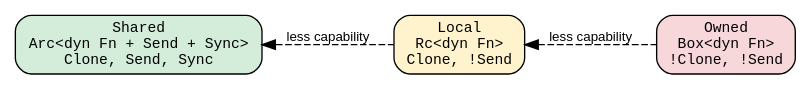
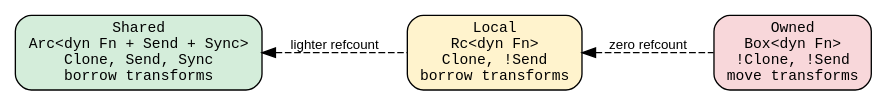
The first of 2 diagrams in book/src/design/domains.md (hylic-recursion/hylic-docs), drawn with Graphviz before and after one commit. The commit also changed other lines of this file and 57 other files, not shown here.

````diff
--- a/book/src/design/domains.md
+++ b/book/src/design/domains.md
@@ -11,14 +11,14 @@
 ```dot process
 digraph {
     rankdir=LR;
     node [shape=box, style="rounded,filled", fontname="monospace", fontsize=11];
     edge [fontname="sans-serif", fontsize=10];
 
-    shared [label="Shared\nArc<dyn Fn + Send + Sync>\nClone, Send, Sync", fillcolor="#d4edda"];
-    local [label="Local\nRc<dyn Fn>\nClone, !Send", fillcolor="#fff3cd"];
-    owned [label="Owned\nBox<dyn Fn>\n!Clone, !Send", fillcolor="#f8d7da"];
+    shared [label="Shared\nArc<dyn Fn + Send + Sync>\nClone, Send, Sync\nborrow transforms", fillcolor="#d4edda"];
+    local [label="Local\nRc<dyn Fn>\nClone, !Send\nborrow transforms", fillcolor="#fff3cd"];
+    owned [label="Owned\nBox<dyn Fn>\n!Clone, !Send\nmove transforms", fillcolor="#f8d7da"];
 
-    shared -> local [label="less capability", style=dashed, dir=back];
-    local -> owned [label="less capability", style=dashed, dir=back];
+    shared -> local [label="lighter refcount", style=dashed, dir=back];
+    local -> owned [label="zero refcount", style=dashed, dir=back];
 }
 ```
````
